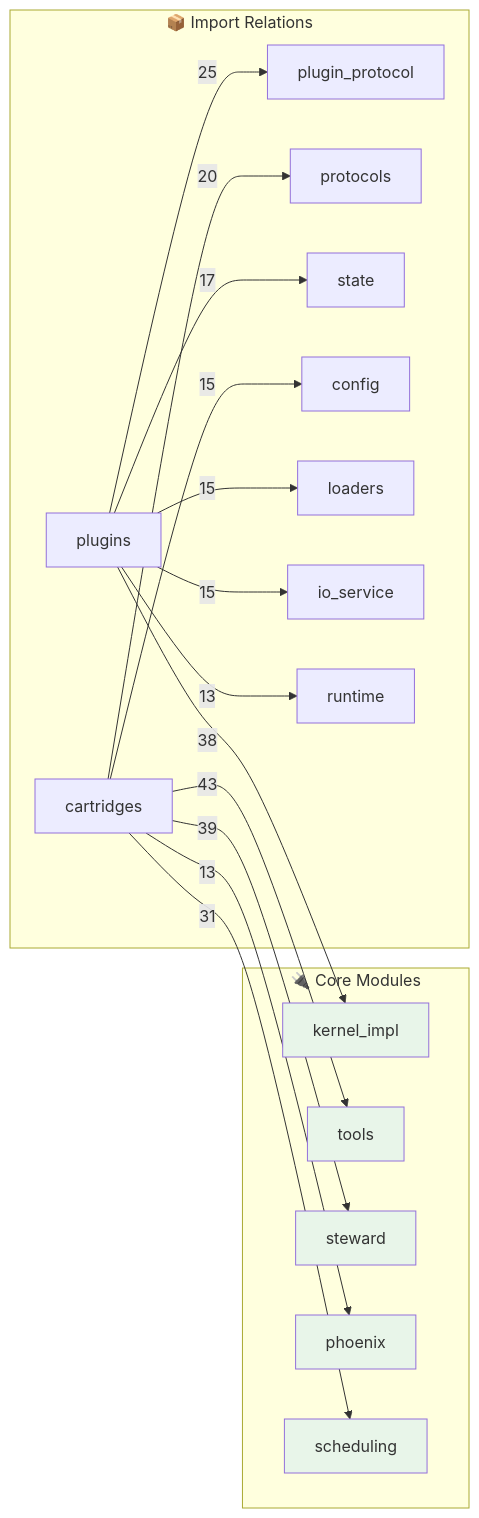
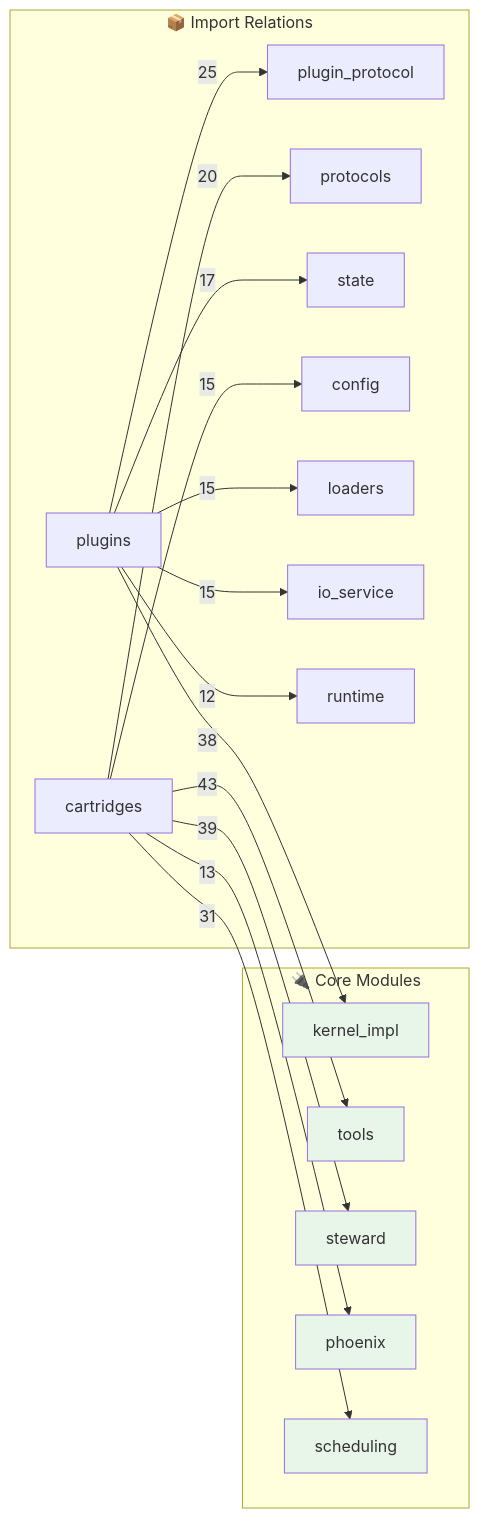
The second of 2 diagrams in OPUS.md (kimeisele/steward-protocol), drawn with Mermaid before and after one commit. The commit also changed other lines of this file and 14 other files, not shown here.

````diff
--- a/OPUS.md
+++ b/OPUS.md
@@ -557,31 +572,31 @@
 ```mermaid
 flowchart LR
     subgraph Core["🔌 Core Modules"]
         kernel_impl[kernel_impl]
         tools[tools]
         steward[steward]
         phoenix[phoenix]
         scheduling[scheduling]
     end
 
     subgraph Edges["📦 Import Relations"]
         cartridges -->|43| tools
         cartridges -->|39| steward
         plugins -->|38| kernel_impl
         cartridges -->|31| scheduling
         plugins -->|25| plugin_protocol
         cartridges -->|20| protocols
         plugins -->|17| state
         cartridges -->|15| config
         plugins -->|15| loaders
         plugins -->|15| io_service
         cartridges -->|13| phoenix
-        plugins -->|13| runtime
+        plugins -->|12| runtime
     end
 
     style kernel_impl fill:#e8f5e9
     style tools fill:#e8f5e9
     style steward fill:#e8f5e9
     style phoenix fill:#e8f5e9
     style scheduling fill:#e8f5e9
 ```
````
